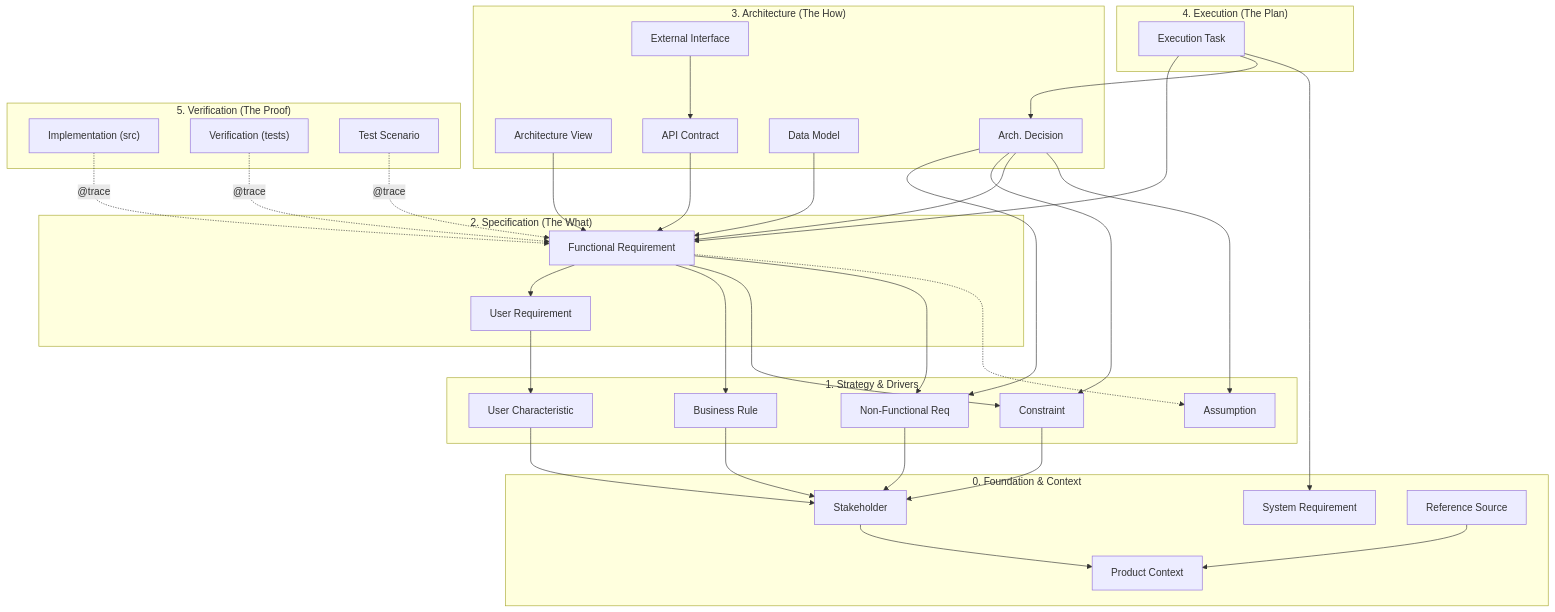
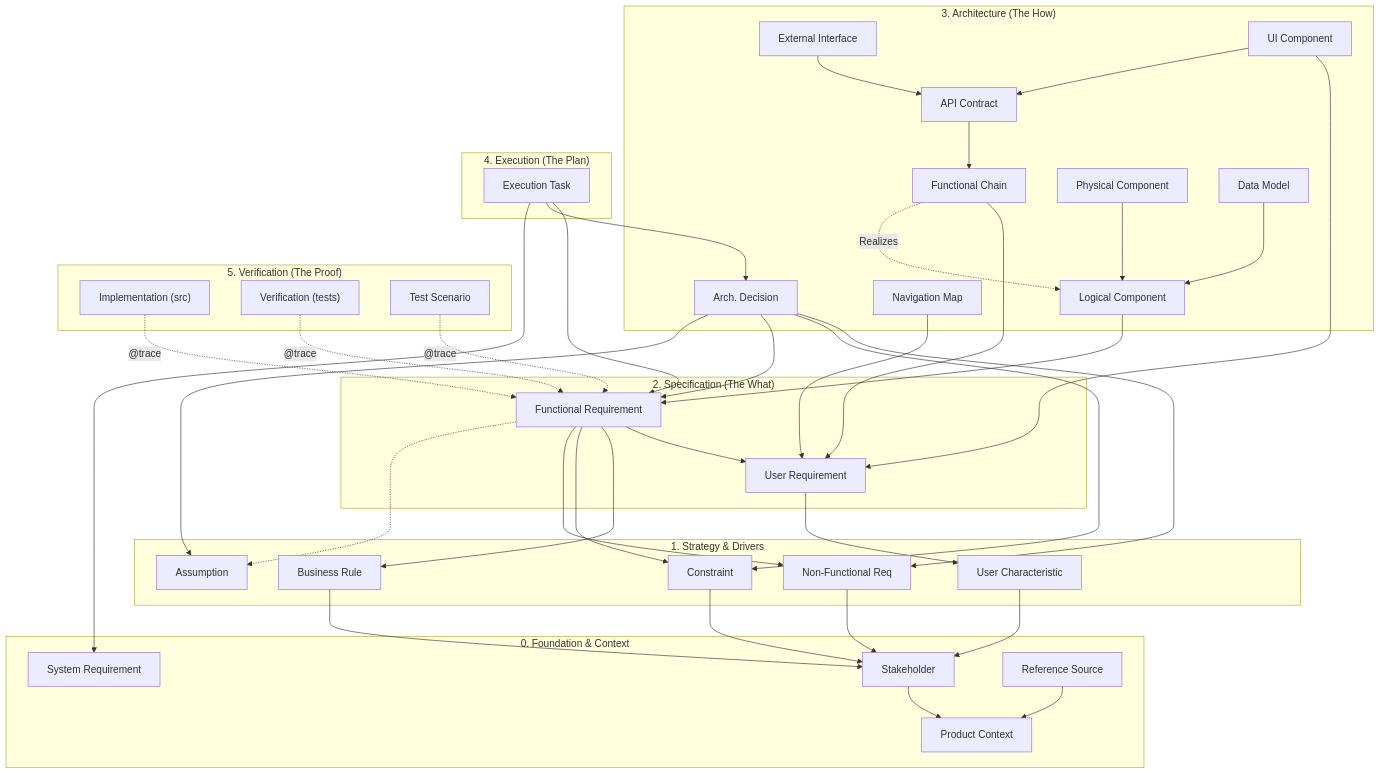
Before and after one commit to SergeyVlSorokin/SpecLoom: the second of 2 diagrams in docs/architecture.md, drawn with Mermaid. The commit also changed other lines of this file and 9 other files, not shown here.

````diff
--- a/docs/architecture.md
+++ b/docs/architecture.md
@@ -63,51 +63,57 @@
 ```mermaid
 graph TD
     subgraph Layer_0_Foundation ["0. Foundation & Context"]
         SYS[System Requirement]
         CTX[Product Context]
         STK[Stakeholder] --> CTX
         REF[Reference Source] --> CTX
     end
 
     subgraph Layer_1_Drivers ["1. Strategy & Drivers"]
         BR[Business Rule] --> STK
         NFR[Non-Functional Req] --> STK
         CON[Constraint] --> STK
         UCH[User Characteristic] --> STK
         ASM[Assumption]
     end
 
     subgraph Layer_2_Specification ["2. Specification (The What)"]
         UR[User Requirement] --> UCH
         FR[Functional Requirement] --> UR
         FR --> BR
         FR --> CON
         FR --> NFR
         FR -.-> ASM
     end
 
     subgraph Layer_3_Architecture ["3. Architecture (The How)"]
-        VIEW[Architecture View] --> FR
-        API[API Contract] --> FR
-        DATA[Data Model] --> FR
+        LCOMP[Logical Component] --> FR
+        FCHAIN[Functional Chain] --> UR
+        FCHAIN -.->|Realizes| LCOMP
+        PCOMP[Physical Component] --> LCOMP
+        API[API Contract] --> FCHAIN
+        DATA[Data Model] --> LCOMP
         EXT[External Interface] --> API
+        NAV[Navigation Map] --> UR
+        UIC[UI Component] --> UR
+        UIC --> API
         
         %% ADRs can be triggered by any requirement or assumption
         ADR[Arch. Decision] --> NFR
         ADR --> CON
         ADR --> FR
         ADR --> ASM
     end
 
     subgraph Layer_4_Execution ["4. Execution (The Plan)"]
         TASK[Execution Task] --> FR
         TASK --> ADR
         TASK --> SYS
     end
     
     subgraph Layer_5_Verification ["5. Verification (The Proof)"]
         CODE["Implementation (src)"] -.->|"@trace"| FR
         TEST["Verification (tests)"] -.->|"@trace"| FR
         SCN[Test Scenario] -.->|"@trace"| FR
     end
 ```
````
